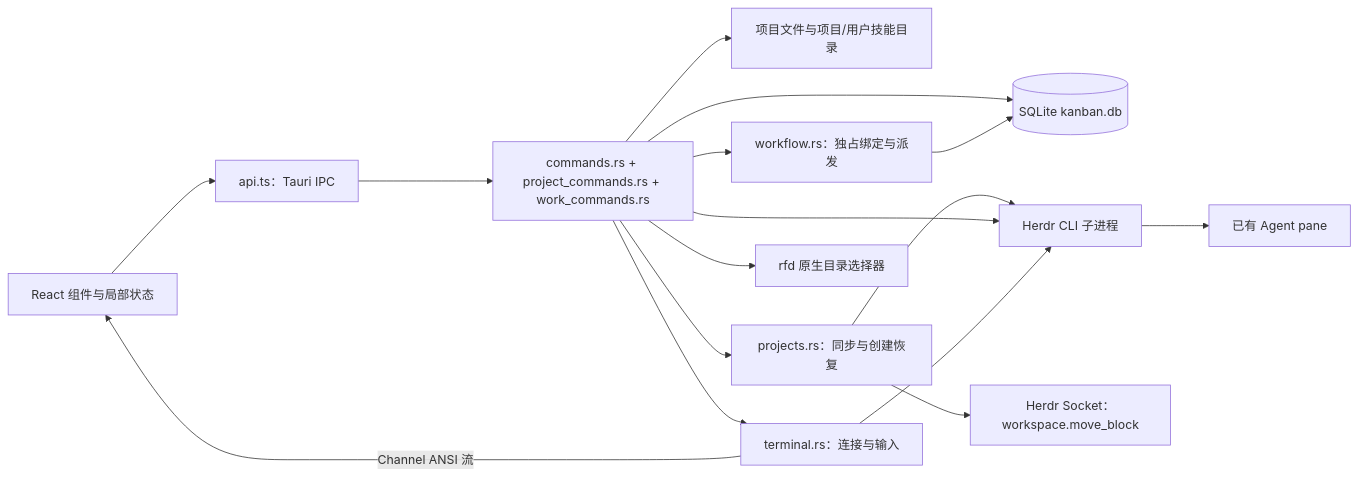
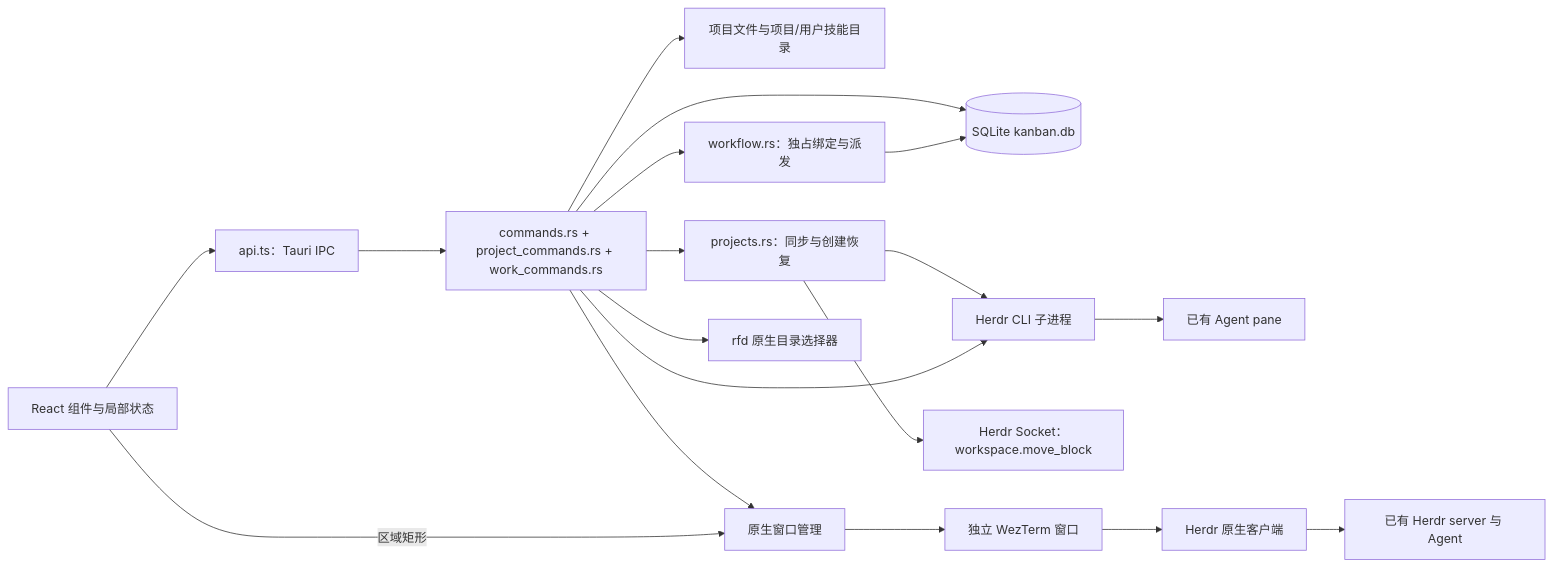
One commit to legendxcheng/herdr-kanban changed the first of 3 diagrams in kanban_code_structure.md. Above: the diagram before and after it, drawn with Mermaid. The commit also changed other lines of this file and 38 other files, not shown here.

Commit message:
feat: replace xterm with native WezTerm Herdr client

````diff
--- a/kanban_code_structure.md
+++ b/kanban_code_structure.md
@@ -37,18 +39,20 @@
 ```mermaid
 flowchart LR
     UI[React 组件与局部状态] --> API[api.ts：Tauri IPC]
     API --> CMD[commands.rs + project_commands.rs + work_commands.rs]
     CMD --> DB[(SQLite kanban.db)]
     CMD --> FILE[项目文件与项目/用户技能目录]
     CMD --> PS[projects.rs：同步与创建恢复]
     PS --> CLI
     PS --> SOCKET[Herdr Socket：workspace.move_block]
     CMD --> CLI[Herdr CLI 子进程]
     CLI --> AGENT[已有 Agent pane]
     CMD --> WF[workflow.rs：独占绑定与派发]
     WF --> DB
-    CMD --> TERM[terminal.rs：连接与输入]
-    TERM --> CLI
-    TERM -->|Channel ANSI 流| UI
+    CMD --> NATIVE
+    WEZ[独立 WezTerm 窗口] --> CLIENT[Herdr 原生客户端]
+    CLIENT --> SERVER[已有 Herdr server 与 Agent]
+    UI -->|区域矩形| NATIVE[原生窗口管理]
+    NATIVE --> WEZ
     CMD --> PICK[rfd 原生目录选择器]
 ```
````
